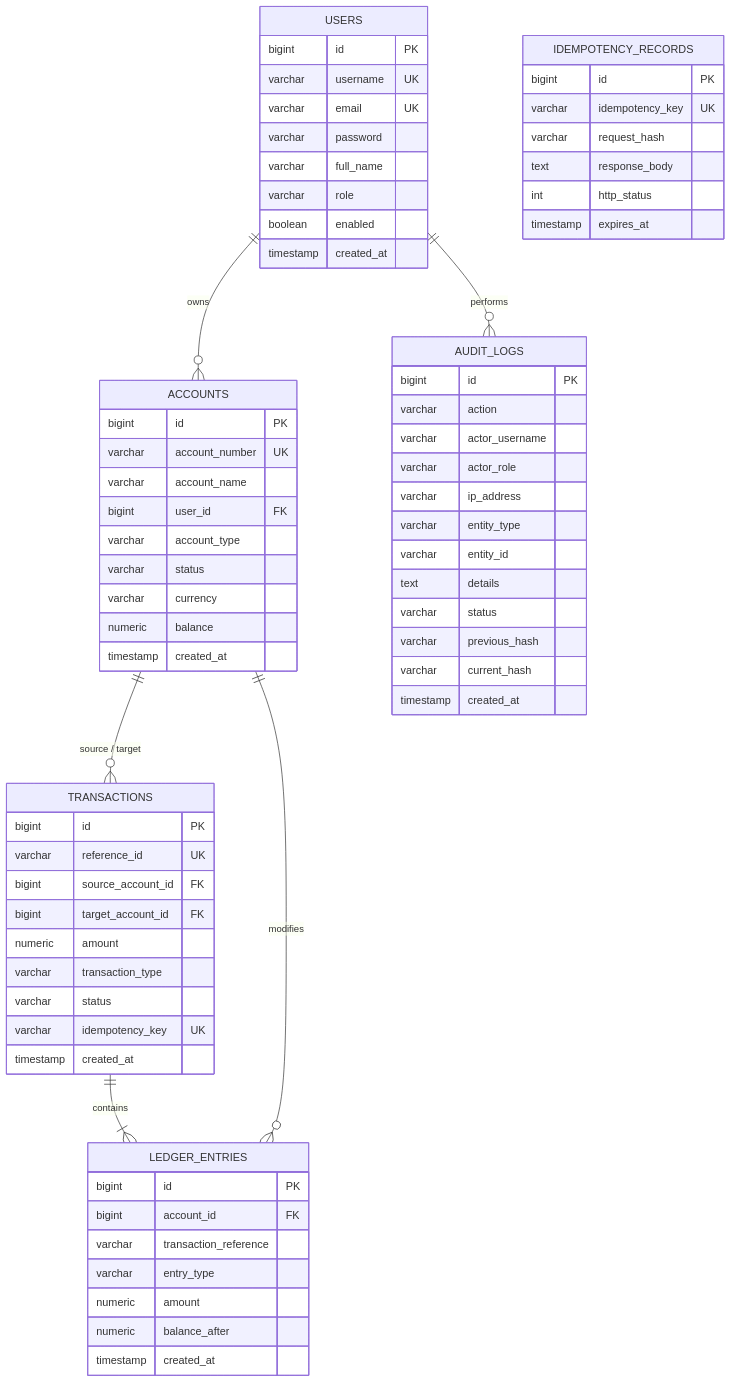
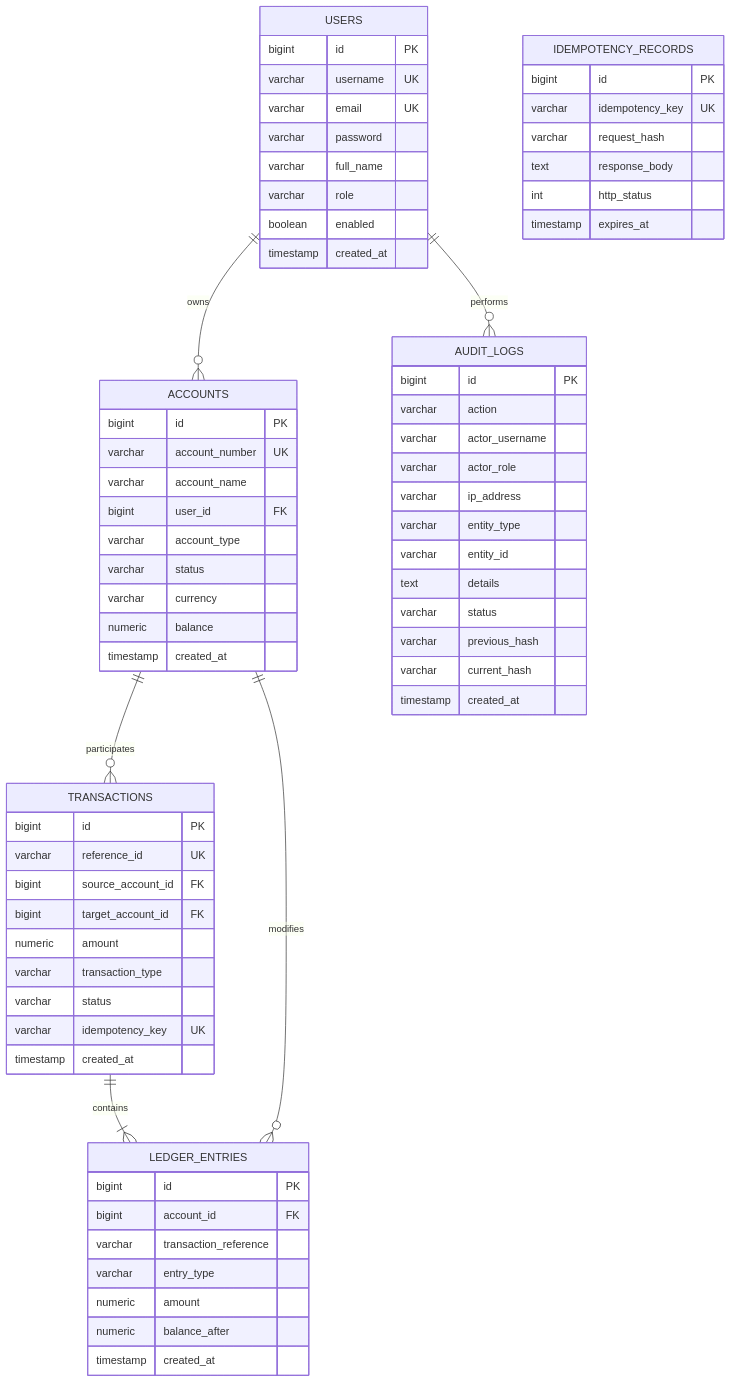
Before and after one commit to g-Jhansi/LedgerLine: the diagram in database/README.md, drawn with Mermaid. The commit also changed 2 other files, not shown here.

Commit message:
fix(docs): fix Mermaid diagram syntax for GitHub Markdown rendering

````diff
--- a/database/README.md
+++ b/database/README.md
@@ -15,77 +15,77 @@
 ```mermaid
 erDiagram
     USERS ||--o{ ACCOUNTS : owns
-    ACCOUNTS ||--o{ TRANSACTIONS : "source / target"
+    ACCOUNTS ||--o{ TRANSACTIONS : participates
     TRANSACTIONS ||--|{ LEDGER_ENTRIES : contains
     ACCOUNTS ||--o{ LEDGER_ENTRIES : modifies
     USERS ||--o{ AUDIT_LOGS : performs
 
     USERS {
         bigint id PK
         varchar username UK
         varchar email UK
         varchar password
         varchar full_name
         varchar role
         boolean enabled
         timestamp created_at
     }
 
     ACCOUNTS {
         bigint id PK
         varchar account_number UK
         varchar account_name
         bigint user_id FK
         varchar account_type
         varchar status
         varchar currency
         numeric balance
         timestamp created_at
     }
 
     TRANSACTIONS {
         bigint id PK
         varchar reference_id UK
         bigint source_account_id FK
         bigint target_account_id FK
         numeric amount
         varchar transaction_type
         varchar status
         varchar idempotency_key UK
         timestamp created_at
     }
 
     LEDGER_ENTRIES {
         bigint id PK
         bigint account_id FK
         varchar transaction_reference
         varchar entry_type
         numeric amount
         numeric balance_after
         timestamp created_at
     }
 
     AUDIT_LOGS {
         bigint id PK
         varchar action
         varchar actor_username
         varchar actor_role
         varchar ip_address
         varchar entity_type
         varchar entity_id
         text details
         varchar status
         varchar previous_hash
         varchar current_hash
         timestamp created_at
     }
 
     IDEMPOTENCY_RECORDS {
         bigint id PK
         varchar idempotency_key UK
         varchar request_hash
         text response_body
         int http_status
         timestamp expires_at
     }
 ```
````
